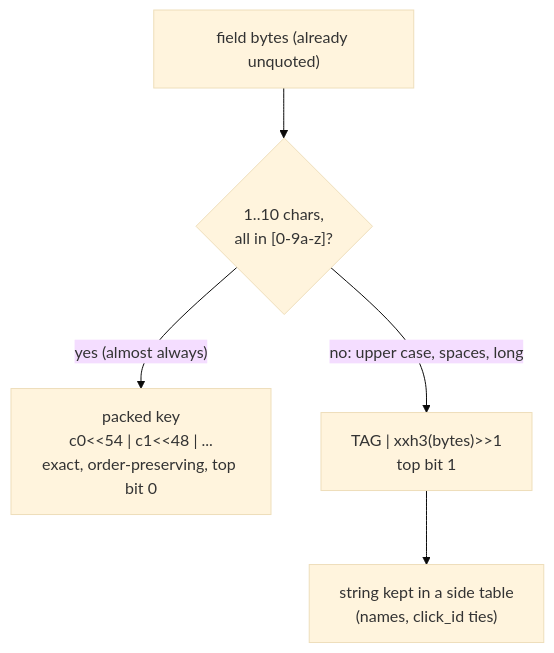
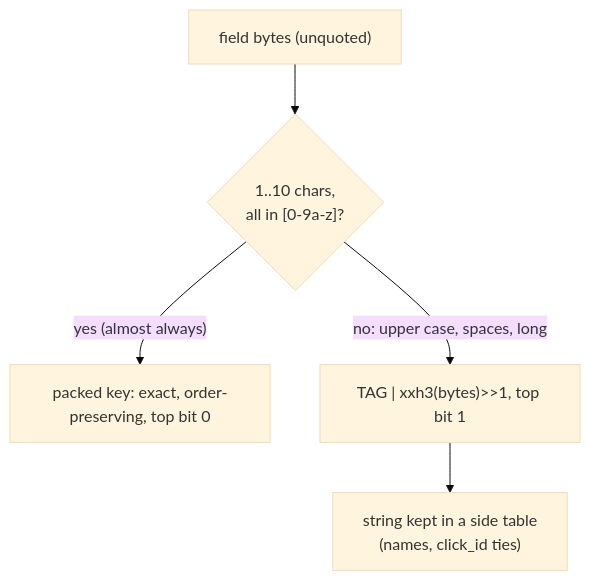
One commit to Kavan04/Databricks_Shopping changed the fourth of 8 diagrams in docs/ARCHITECTURE.md. Above: the diagram before and after it, drawn with Mermaid (base theme). The commit also changed other lines of this file and 9 other files, not shown here.

````diff
--- a/docs/ARCHITECTURE.md
+++ b/docs/ARCHITECTURE.md
@@ -73,7 +91,7 @@
 ```mermaid
 flowchart TD
-    S["field bytes (already unquoted)"] --> Q{"1..10 chars,<br/>all in [0-9a-z]?"}
-    Q -->|"yes (almost always)"| PK["packed key<br/>c0&lt;&lt;54 | c1&lt;&lt;48 | ...<br/>exact, order-preserving, top bit 0"]
-    Q -->|"no: upper case, spaces, long"| HK["TAG | xxh3(bytes)&gt;&gt;1<br/>top bit 1"]
+    S["field bytes (unquoted)"] --> Q{"1..10 chars,<br/>all in [0-9a-z]?"}
+    Q -->|"yes (almost always)"| PK["packed key: exact, order-preserving, top bit 0"]
+    Q -->|"no: upper case, spaces, long"| HK["TAG | xxh3(bytes)&gt;&gt;1, top bit 1"]
     HK --> NT["string kept in a side table<br/>(names, click_id ties)"]
 ```
````
